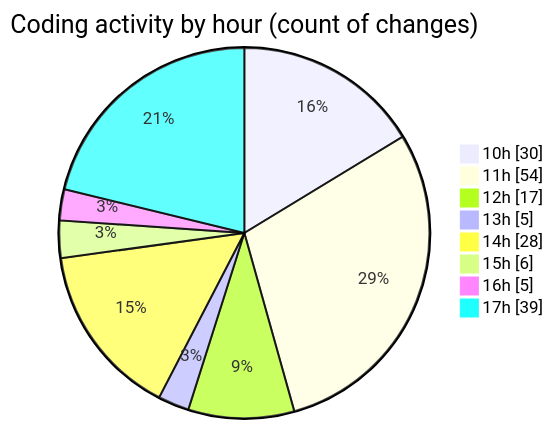
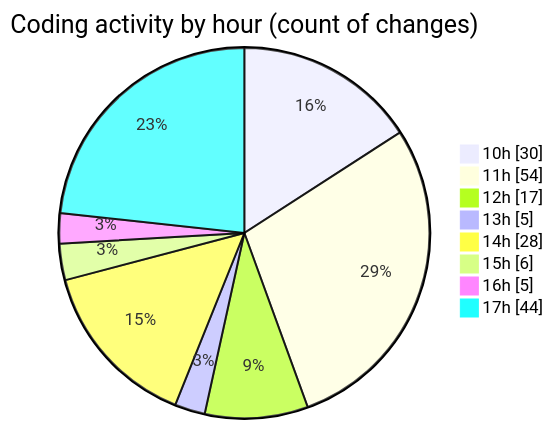
Before and after one commit to momahboobian/code-tracking: the second of 2 diagrams in 2025-05-01/cda/README.md, drawn with Mermaid. The commit also changed other lines of this file and 1 other file, not shown here.

````diff
--- a/2025-05-01/cda/README.md
+++ b/2025-05-01/cda/README.md
@@ -45,12 +46,12 @@
 ```mermaid
 pie showData
 title Coding activity by hour (count of changes)
 "10h" : 30
 "11h" : 54
 "12h" : 17
 "13h" : 5
 "14h" : 28
 "15h" : 6
 "16h" : 5
-"17h" : 39
+"17h" : 44
 ```
````
